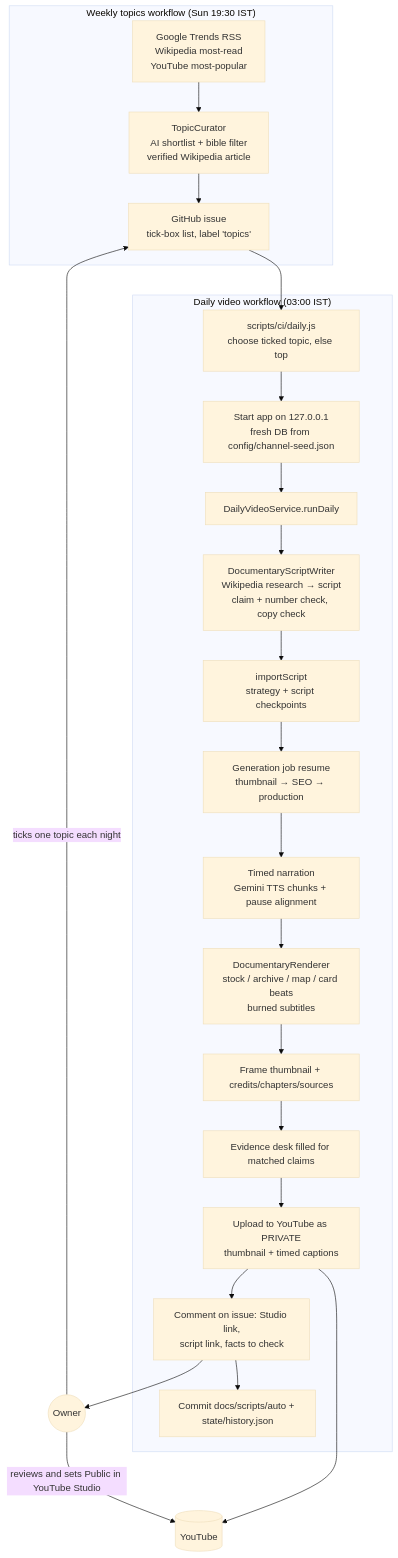
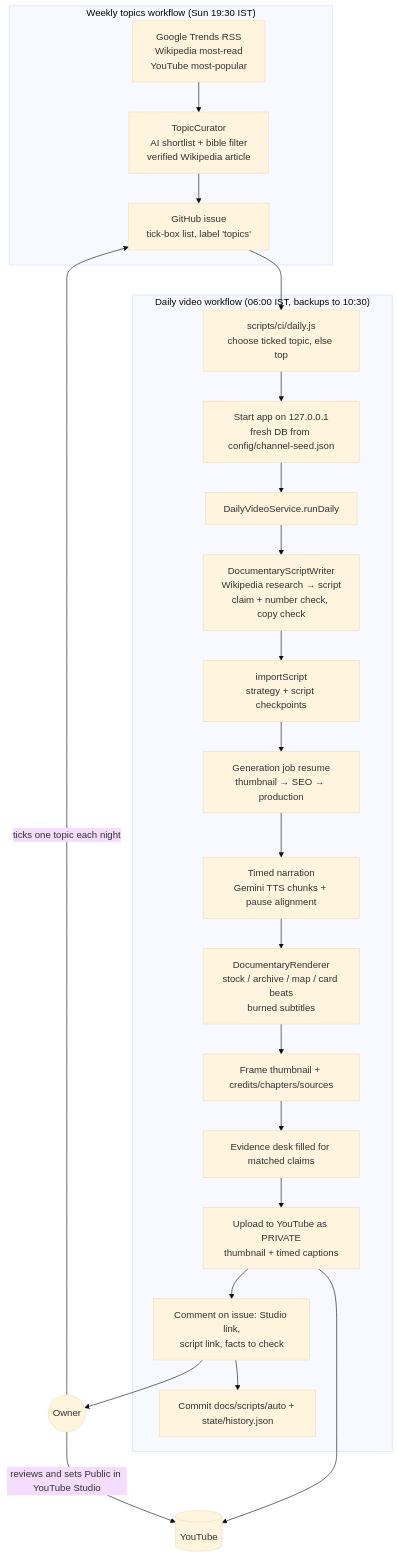
The first of 2 diagrams in ARCHITECTURE.md (pranjul2001/youtube-channel-agent), drawn with Mermaid (base theme) before and after one commit. The commit also changed 8 other files, not shown here.

First line of the commit message:
feat: owner timeline (pick by 23:59, start 06:00, private by noon) and clearer thumbnail text

````diff
--- a/ARCHITECTURE.md
+++ b/ARCHITECTURE.md
@@ -7,26 +7,26 @@
 ```mermaid
 flowchart TD
   subgraph Weekly["Weekly topics workflow (Sun 19:30 IST)"]
     T1[Google Trends RSS<br/>Wikipedia most-read<br/>YouTube most-popular] --> T2[TopicCurator<br/>AI shortlist + bible filter<br/>verified Wikipedia article]
     T2 --> T3[GitHub issue<br/>tick-box list, label 'topics']
   end
   Owner((Owner)) -- ticks one topic each night --> T3
-  subgraph Daily["Daily video workflow (03:00 IST)"]
+  subgraph Daily["Daily video workflow (06:00 IST, backups to 10:30)"]
     D1[scripts/ci/daily.js<br/>choose ticked topic, else top] --> D2[Start app on 127.0.0.1<br/>fresh DB from config/channel-seed.json]
     D2 --> D3[DailyVideoService.runDaily]
     D3 --> W[DocumentaryScriptWriter<br/>Wikipedia research → script<br/>claim + number check, copy check]
     W --> I[importScript<br/>strategy + script checkpoints]
     I --> P[Generation job resume<br/>thumbnail → SEO → production]
     P --> N[Timed narration<br/>Gemini TTS chunks + pause alignment]
     N --> R[DocumentaryRenderer<br/>stock / archive / map / card beats<br/>burned subtitles]
     R --> TH[Frame thumbnail + credits/chapters/sources]
     TH --> E[Evidence desk filled for matched claims]
     E --> U[Upload to YouTube as PRIVATE<br/>thumbnail + timed captions]
     U --> C[Comment on issue: Studio link,<br/>script link, facts to check]
     C --> G[Commit docs/scripts/auto + state/history.json]
   end
   T3 --> D1
   C --> Owner
   Owner -- reviews and sets Public in YouTube Studio --> YT[(YouTube)]
   U --> YT
 ```
````
